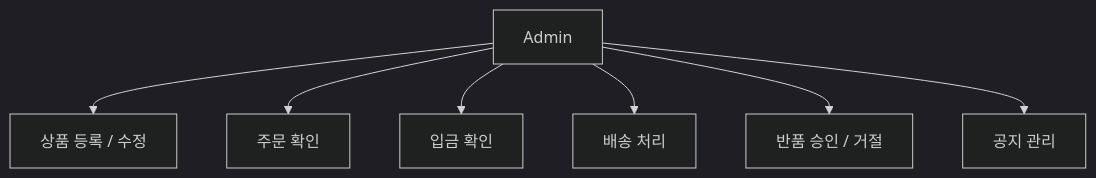
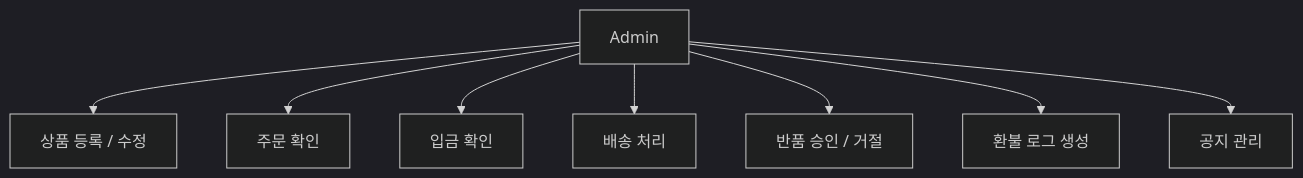
The seventh of 8 diagrams in README.md (Economy0326/shopping-backend), drawn with Mermaid (dark theme) before and after one commit. The commit also changed other lines of this file, not shown here.

````diff
--- a/README.md
+++ b/README.md
@@ -507,9 +623,10 @@
 ```mermaid
 flowchart TD
   A["Admin"] --> B["상품 등록 / 수정"]
   A --> C["주문 확인"]
   A --> D["입금 확인"]
   A --> E["배송 처리"]
   A --> F["반품 승인 / 거절"]
-  A --> G["공지 관리"]
+  A --> G["환불 로그 생성"]
+  A --> H["공지 관리"]
 ```
````
